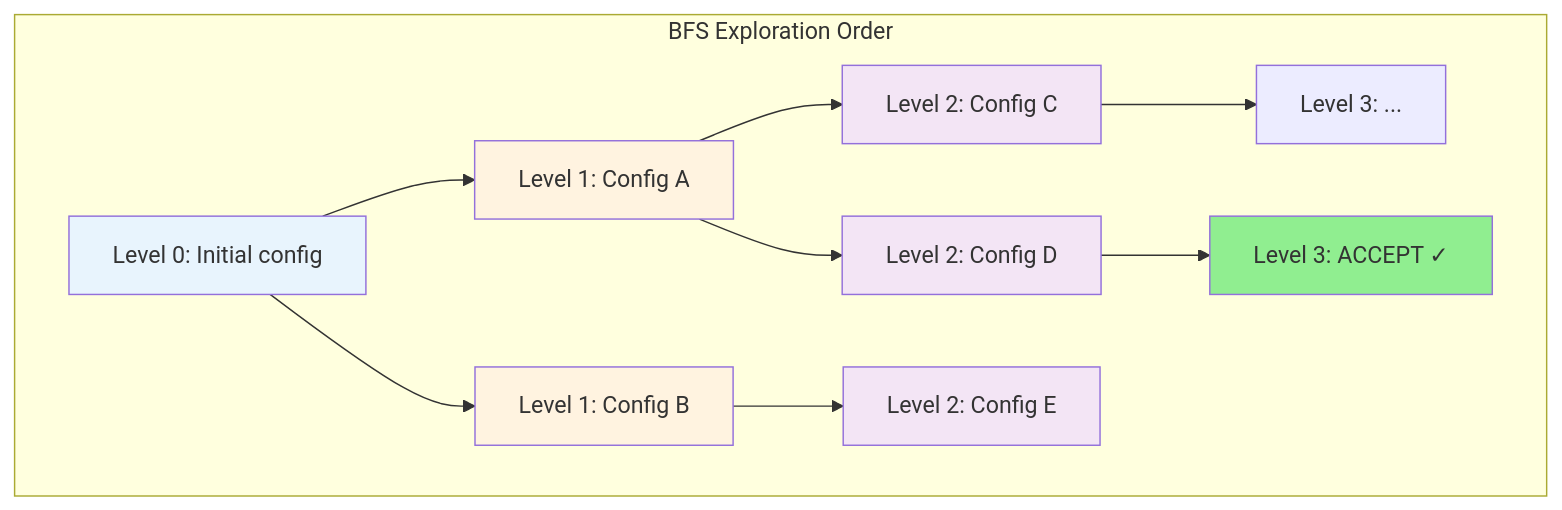
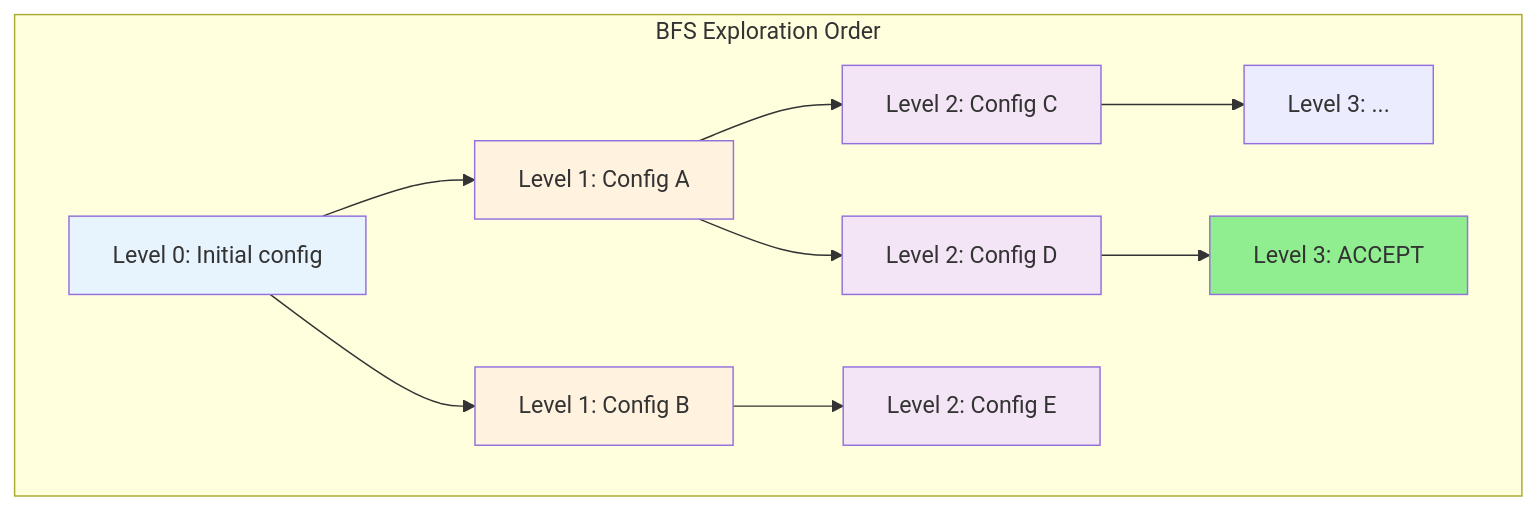
One commit to Vtheonly/Obsidian_Notes changed the ninth of 10 diagrams in Master 1/S2/Complexity and Advanced Algorithms old/old/Course/Chapter 1. Calculability/12 Non-Deterministic Turing Machines.md. Above: the diagram before and after it, drawn with Mermaid. The commit also changed other lines of this file and 148 other files, not shown here.

````diff
--- a/Master 1/S2/Complexity and Advanced Algorithms old/old/Course/Chapter 1. Calculability/12 Non-Deterministic Turing Machines.md
+++ b/Master 1/S2/Complexity and Advanced Algorithms old/old/Course/Chapter 1. Calculability/12 Non-Deterministic Turing Machines.md
@@ -475,29 +475,29 @@
 ```mermaid
 graph TD
     subgraph "BFS Exploration Order"
         L0["Level 0: Initial config"]
         L1a["Level 1: Config A"]
         L1b["Level 1: Config B"]
         L2a["Level 2: Config C"]
         L2b["Level 2: Config D"]
         L2c["Level 2: Config E"]
         L3a["Level 3: ..."]
-        L3b["Level 3: ACCEPT ✓"]
+        L3b["Level 3: ACCEPT "]
     end
 
     L0 --> L1a
     L0 --> L1b
     L1a --> L2a
     L1a --> L2b
     L1b --> L2c
     L2a --> L3a
     L2b --> L3b
 
     style L0 fill:#E8F4FD
     style L1a fill:#FFF3E0
     style L1b fill:#FFF3E0
     style L2a fill:#F3E5F5
     style L2b fill:#F3E5F5
     style L2c fill:#F3E5F5
     style L3b fill:#90EE90
 ```
````
